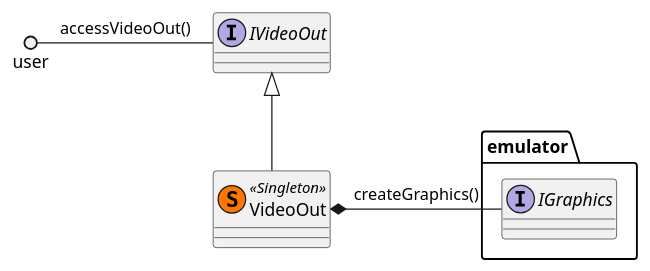
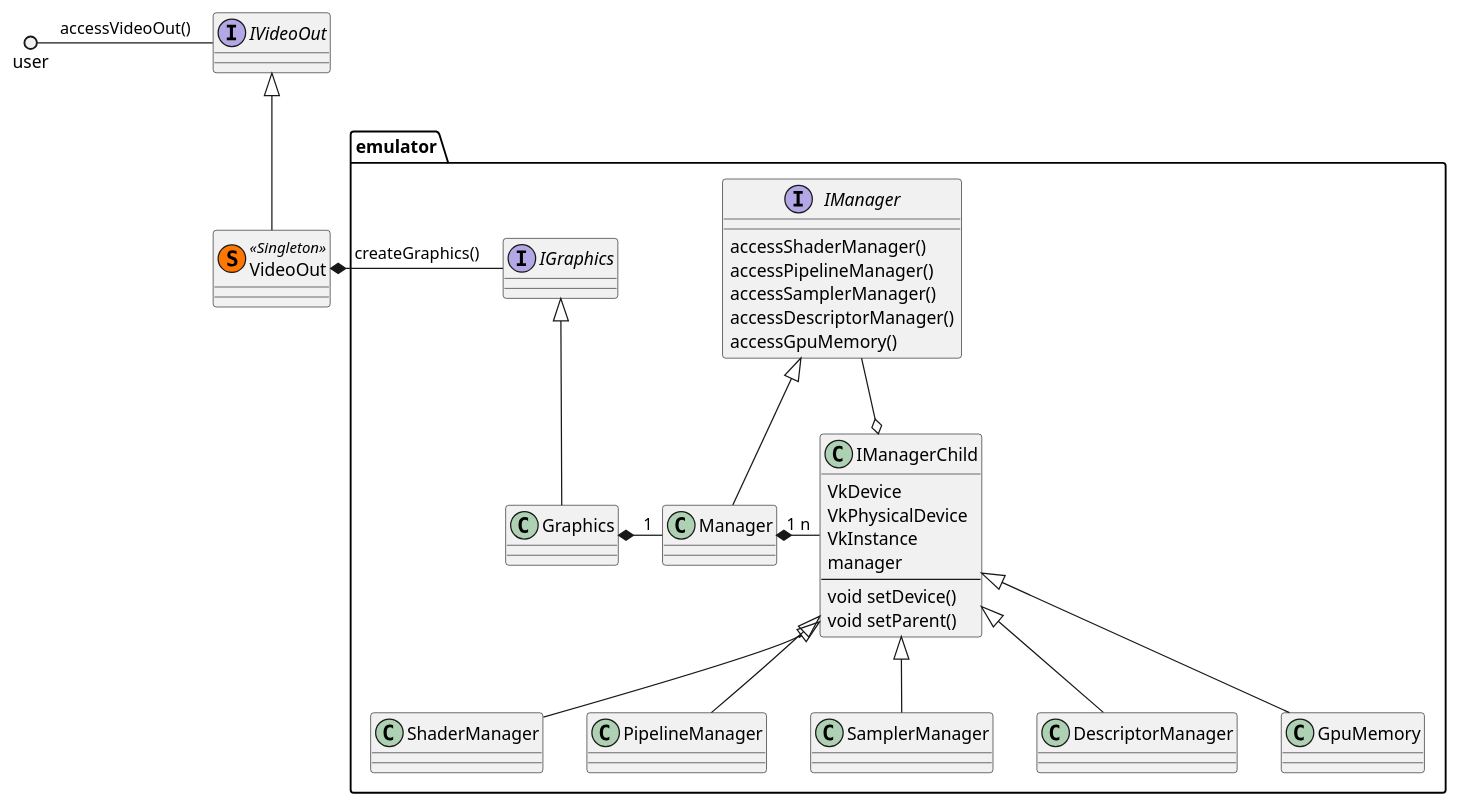
The diagram in docs/uml/modules/videoout_class.puml (SysRay/psOff_public), drawn with PlantUML before and after one commit.

Commit message:
update videout_class puml

```diff
--- a/docs/uml/modules/videoout_class.puml
+++ b/docs/uml/modules/videoout_class.puml
@@ -1,17 +1,59 @@
 @startuml
 skinparam classAttributeIconSize 0
 
 interface IVideoOut {
 }
 class VideoOut << (S,#FF7700) Singleton >> {}
 
 IVideoOut <|-- VideoOut
 
 user ()- IVideoOut : accessVideoOut()
 
 package emulator{
-interface IGraphics {}
+  class Graphics{}
+  interface IGraphics {}
+
+  interface IManager{
+    accessShaderManager()
+    accessPipelineManager()
+    accessSamplerManager()
+    accessDescriptorManager()
+    accessGpuMemory()
+  }
+
+  class Manager{}
+
+  class IManagerChild{
+    VkDevice
+    VkPhysicalDevice
+    VkInstance
+    manager
+    ---
+    void setDevice()
+    void setParent()
+  }
+
+  class ShaderManager{}
+  class PipelineManager{}
+  class SamplerManager{}
+  class DescriptorManager{}
+  class GpuMemory{}
 }
 
 VideoOut *- IGraphics : createGraphics()
+IGraphics <|-- Graphics
+
+IManager <|-- Manager
+Graphics *- "1" Manager
+
+Manager "1" *- "n" IManagerChild
+
+IManager --o IManagerChild
+
+IManagerChild <|-- ShaderManager
+IManagerChild <|-- PipelineManager
+IManagerChild <|-- SamplerManager
+IManagerChild <|-- DescriptorManager
+IManagerChild <|-- GpuMemory
+
 @enduml
```
